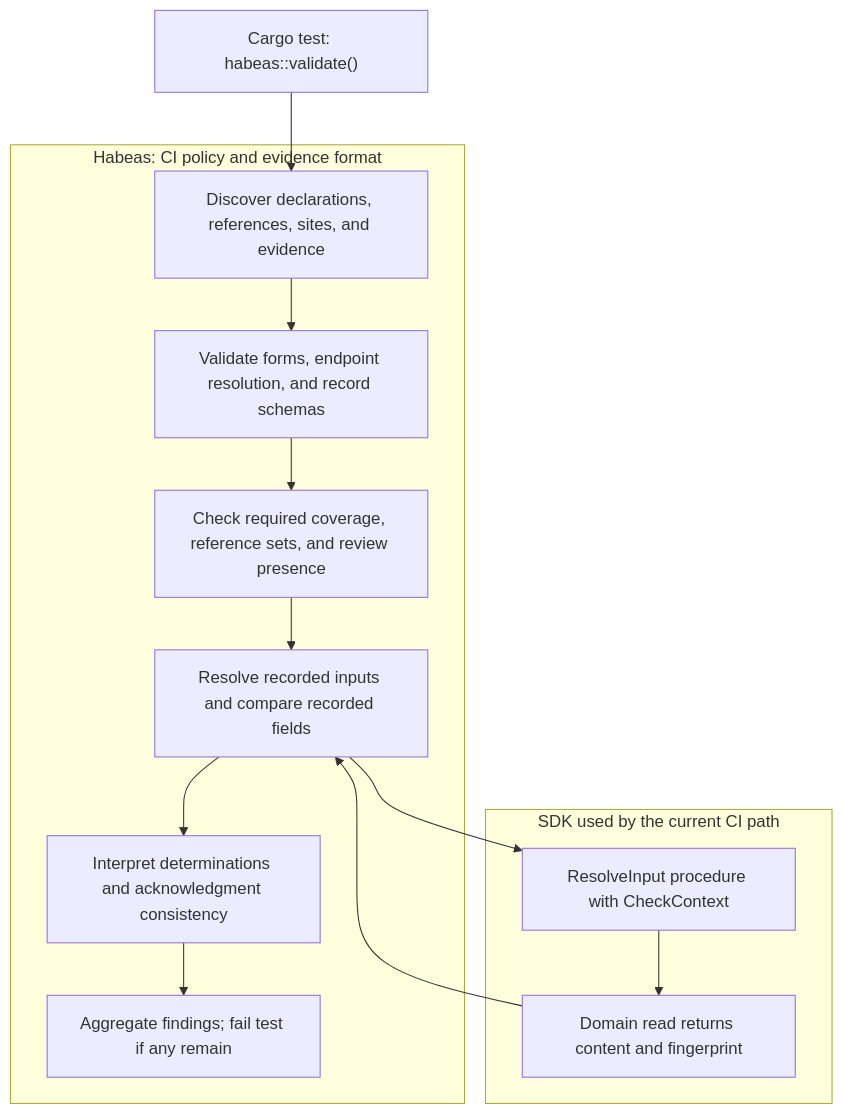
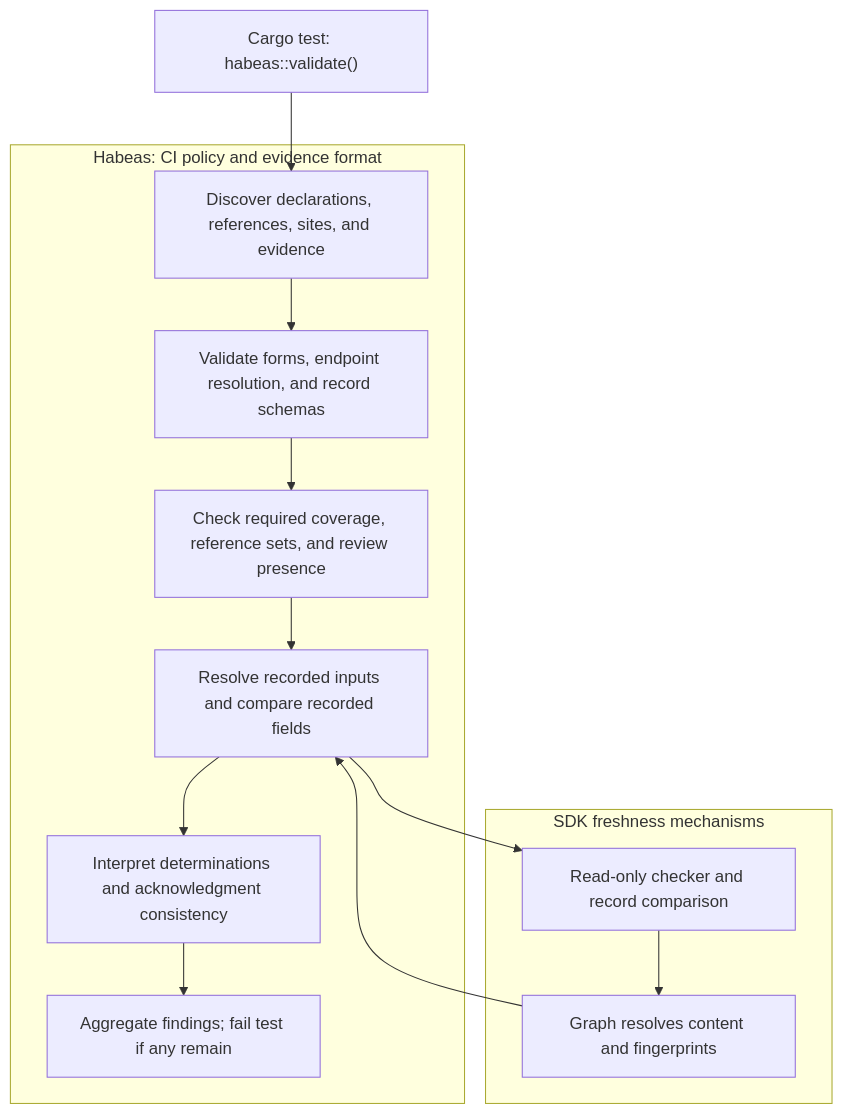
One commit to nikomatsakis/habeas-codicem changed the third of 5 diagrams in md/requirements/sdk/habeas.md. Above: the diagram before and after it, drawn with Mermaid. The commit also changed other lines of this file and 11 other files, not shown here.

````diff
--- a/md/requirements/sdk/habeas.md
+++ b/md/requirements/sdk/habeas.md
@@ -87,16 +101,16 @@
 ```mermaid
 flowchart TD
     Test["Cargo test: habeas::validate()"] --> Discover
     subgraph Client["Habeas: CI policy and evidence format"]
         Discover["Discover declarations, references, sites, and evidence"] --> Forms["Validate forms, endpoint resolution, and record schemas"]
         Forms --> Coverage["Check required coverage, reference sets, and review presence"]
         Coverage --> Inputs["Resolve recorded inputs and compare recorded fields"]
         Inputs --> Verdict["Interpret determinations and acknowledgment consistency"]
         Verdict --> Report["Aggregate findings; fail test if any remain"]
     end
-    subgraph Core["SDK used by the current CI path"]
-        Check["ResolveInput procedure with CheckContext"] --> Domain["Domain read returns content and fingerprint"]
+    subgraph Core["SDK freshness mechanisms"]
+        Check["Read-only checker and record comparison"] --> Domain["Graph resolves content and fingerprints"]
     end
     Inputs --> Check
     Domain --> Inputs
 ```
````
